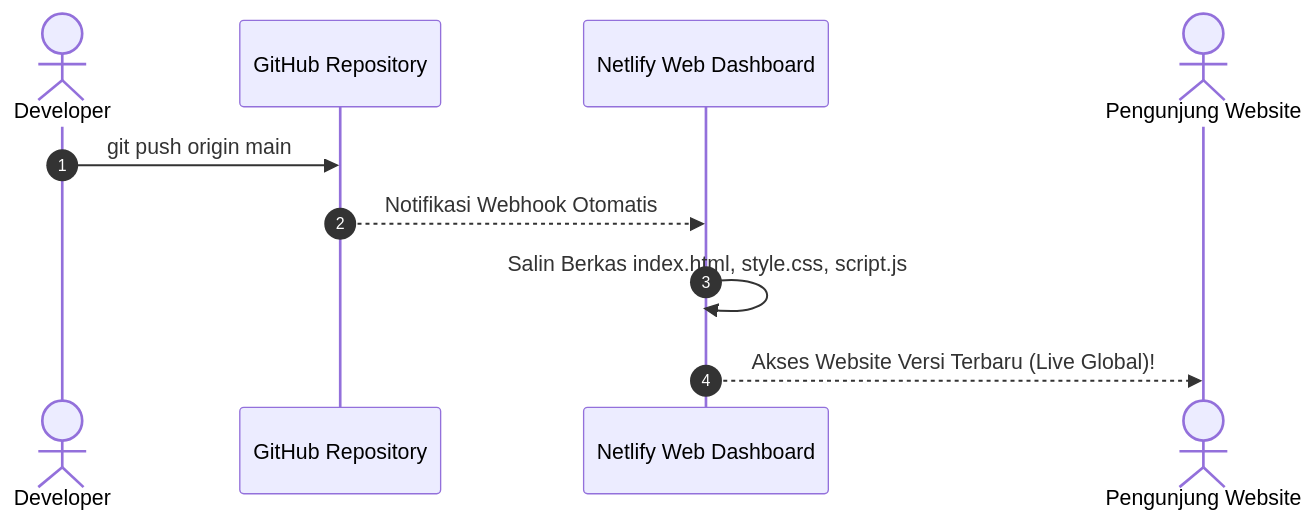
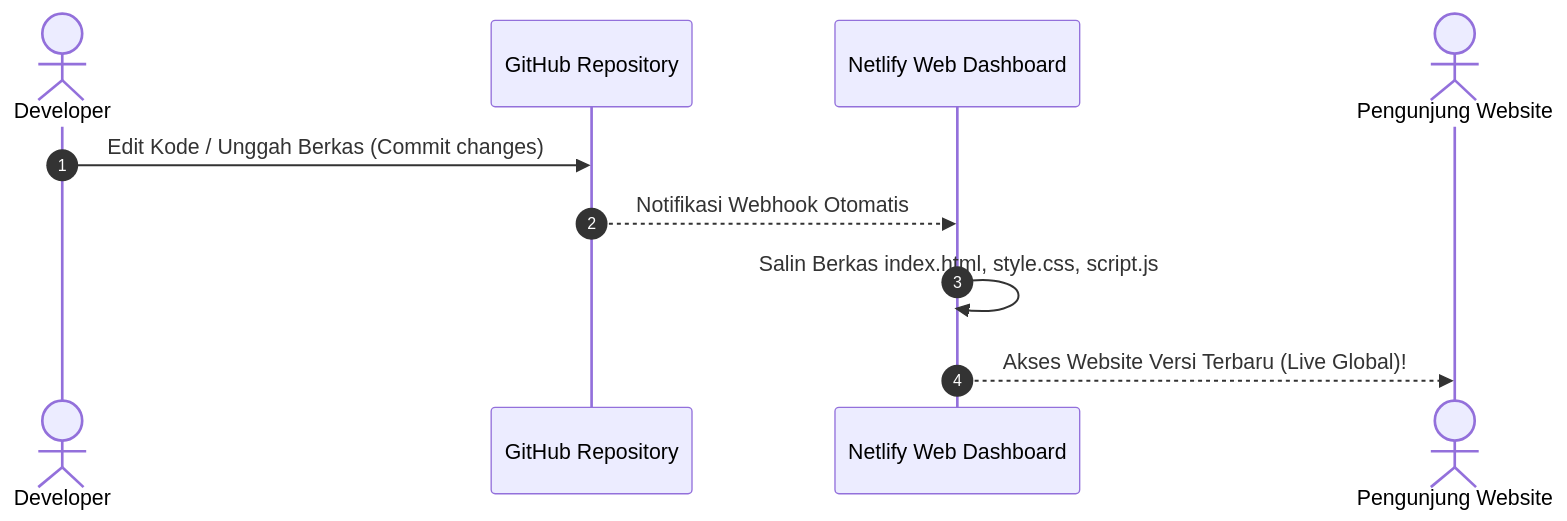
The diagram in deployment-slides/pages/03-deploy-frontend-statis.md (withered-flowers/materials-ise-2026), drawn with Mermaid before and after one commit. The commit also changed other lines of this file and 10 other files, not shown here.

````diff
--- a/deployment-slides/pages/03-deploy-frontend-statis.md
+++ b/deployment-slides/pages/03-deploy-frontend-statis.md
@@ -100,13 +100,13 @@
 ```mermaid {scale: 0.55}
 sequenceDiagram
     autonumber
     actor Dev as Developer
     participant GH as GitHub Repository
     participant Netlify as Netlify Web Dashboard
     actor User as Pengunjung Website
 
-    Dev->>GH: git push origin main
+    Dev->>GH: Edit Kode / Unggah Berkas (Commit changes)
     GH-->>Netlify: Notifikasi Webhook Otomatis
     Netlify->>Netlify: Salin Berkas index.html, style.css, script.js
     Netlify-->>User: Akses Website Versi Terbaru (Live Global)!
 ```
````
